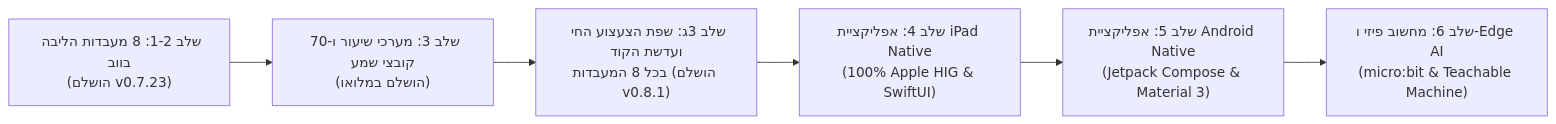
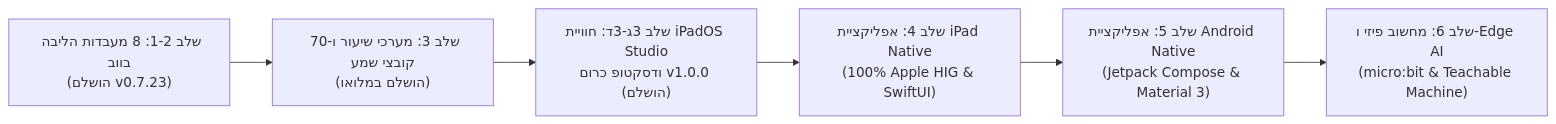
The diagram in ROADMAP.he.md (omerninyo/zenlab), drawn with Mermaid before and after one commit. The commit also changed other lines of this file and 44 other files, not shown here.

````diff
--- a/ROADMAP.he.md
+++ b/ROADMAP.he.md
@@ -13,8 +13,8 @@
 ```mermaid
 flowchart LR
     P1["שלב 1-2: 8 מעבדות הליבה בווב\n(הושלם v0.7.23)"] --> P3["שלב 3: מערכי שיעור ו-70 קובצי שמע\n(הושלם במלואו)"]
-    P3 --> P3C["שלב 3ג: שפת הצעצוע החי ועדשת הקוד\nבכל 8 המעבדות (הושלם v0.8.1)"]
+    P3 --> P3C["שלב 3ג-3ד: חוויית iPadOS Studio\nודסקטופ כרום v1.0.0 (הושלם)"]
     P3C --> P4["שלב 4: אפליקציית iPad Native\n(100% Apple HIG & SwiftUI)"]
     P4 --> P5["שלב 5: אפליקציית Android Native\n(Jetpack Compose & Material 3)"]
     P5 --> P6["שלב 6: מחשוב פיזי ו-Edge AI\n(micro:bit & Teachable Machine)"]
 ```
````
